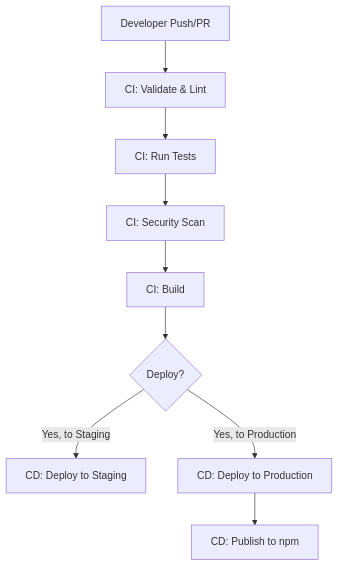
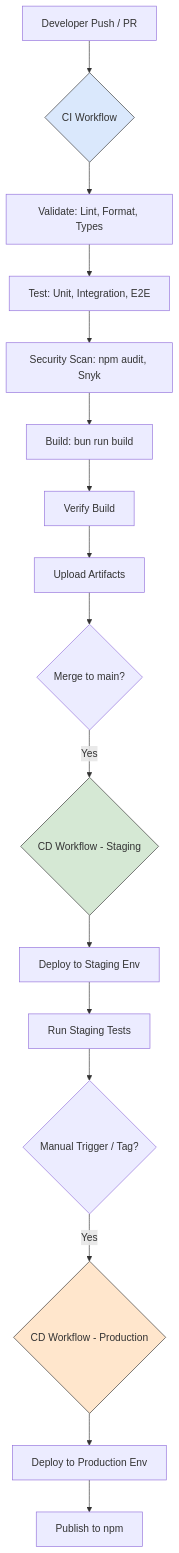
One commit to helenoid/swissknife changed the diagram in docs/CICD.md. Above: the diagram before and after it, drawn with Mermaid. The commit also changed other lines of this file and 184 other files, not shown here.

````diff
--- a/docs/CICD.md
+++ b/docs/CICD.md
@@ -9,11 +9,24 @@
 ```mermaid
 graph TD
-    A[Developer Push/PR] --> B[CI: Validate & Lint]
-    B --> C[CI: Run Tests]
-    C --> D[CI: Security Scan]
-    D --> E[CI: Build]
-    E --> F{Deploy?}
-    F -->|Yes, to Staging| G[CD: Deploy to Staging]
-    F -->|Yes, to Production| H[CD: Deploy to Production]
-    H --> I[CD: Publish to npm]
+    A[Developer Push / PR] --> B{CI Workflow};
+    B --> B1[Validate: Lint, Format, Types];
+    B1 --> B2[Test: Unit, Integration, E2E];
+    B2 --> B3[Security Scan: npm audit, Snyk];
+    B3 --> B4[Build: bun run build];
+    B4 --> B5[Verify Build];
+    B5 --> B6[Upload Artifacts];
+    B6 --> C{Merge to main?};
+
+    C -- Yes --> D{CD Workflow - Staging};
+    D --> D1[Deploy to Staging Env];
+    D1 --> D2[Run Staging Tests];
+    D2 --> E{Manual Trigger / Tag?};
+
+    E -- Yes --> F{CD Workflow - Production};
+    F --> F1[Deploy to Production Env];
+    F1 --> F2[Publish to npm];
+
+    style B fill:#dae8fc,stroke:#333
+    style D fill:#d5e8d4,stroke:#333
+    style F fill:#ffe6cc,stroke:#333
 ```
````
